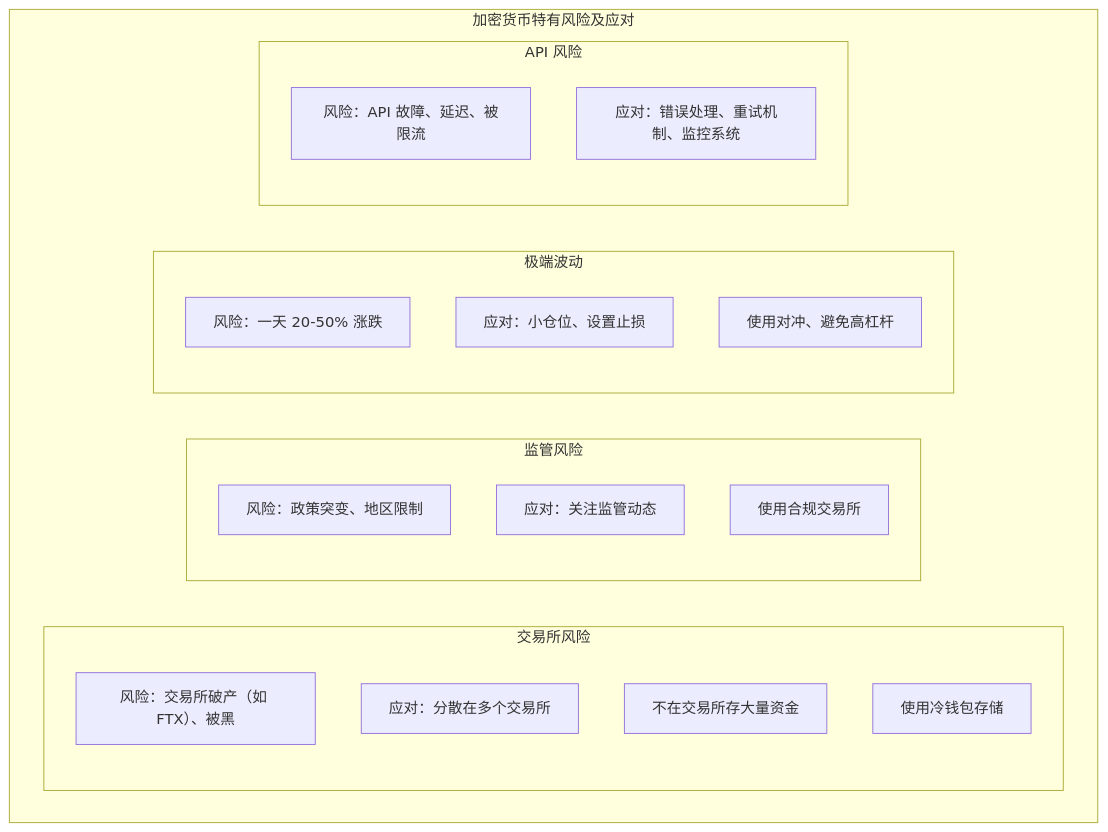
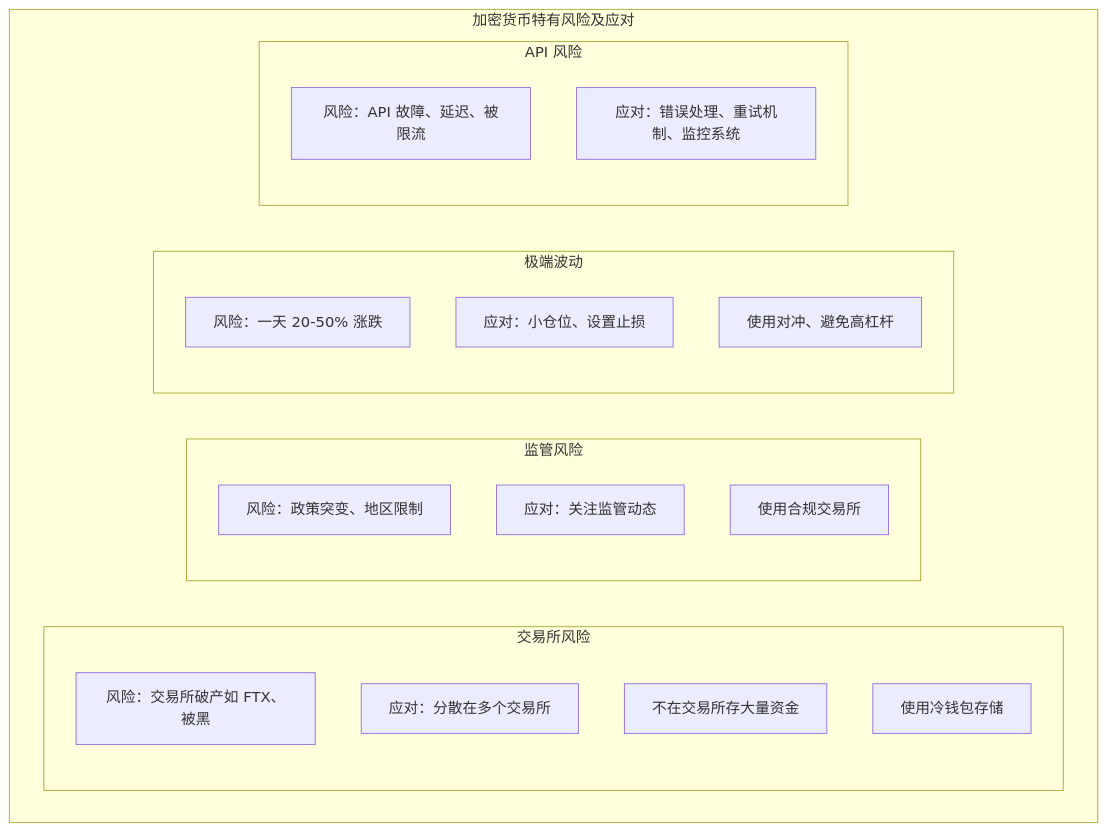
Before and after one commit to jpixy/jpixy.github.io: the third of 5 diagrams in content/articles/quant/quant-11-加密货币量化.md, drawn with Mermaid. The commit also changed other lines of this file and 66 other files, not shown here.

Commit message:
fix: resolve Mermaid syntax errors by removing parentheses in node labels

````diff
--- a/content/articles/quant/quant-11-加密货币量化.md
+++ b/content/articles/quant/quant-11-加密货币量化.md
@@ -333,25 +333,25 @@
 ```mermaid
 graph TB
     subgraph 风险应对["加密货币特有风险及应对"]
         subgraph 交易所风险
-            J1["风险：交易所破产（如 FTX）、被黑"]
+            J1["风险：交易所破产如 FTX、被黑"]
             J2["应对：分散在多个交易所"]
             J3["不在交易所存大量资金"]
             J4["使用冷钱包存储"]
         end
         subgraph 监管风险
             JG1["风险：政策突变、地区限制"]
             JG2["应对：关注监管动态"]
             JG3["使用合规交易所"]
         end
         subgraph 极端波动
             JD1["风险：一天 20-50% 涨跌"]
             JD2["应对：小仓位、设置止损"]
             JD3["使用对冲、避免高杠杆"]
         end
         subgraph API风险["API 风险"]
             A1["风险：API 故障、延迟、被限流"]
             A2["应对：错误处理、重试机制、监控系统"]
         end
     end
 ```
````
